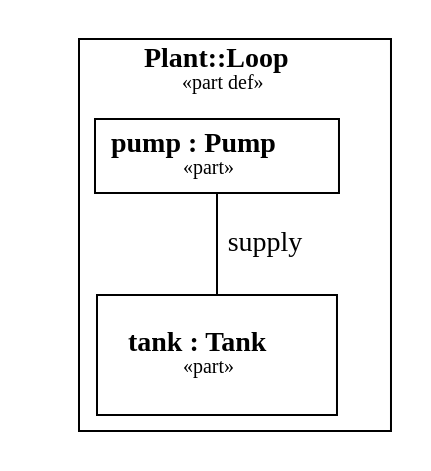
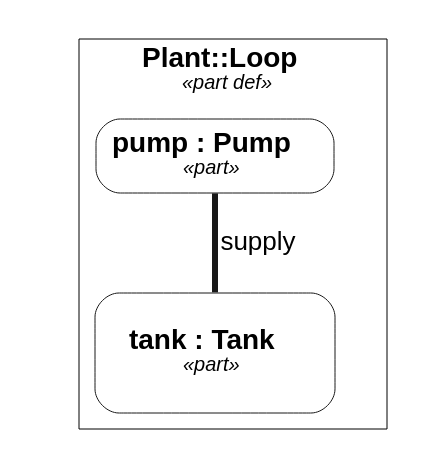
Before and after one commit to Open-MBEE/OpenSysML: the second of 2 diagrams in docs/project/view-rendering-forms.md, drawn with Graphviz. The commit also changed other lines of this file and 53 other files, not shown here.

````diff
--- a/docs/project/view-rendering-forms.md
+++ b/docs/project/view-rendering-forms.md
@@ -146,20 +231,23 @@
 ```dot
 // view: PlantViews::placedView
 // kind: interconnection
 // stated: render asInterconnectionDiagram
 // canvas: unit=px w=1200 h=800
 // layout: neato
 digraph "PlantViews::placedView" {
-  graph [inputscale=72, dpi=72];
-  node [shape=box];
+  graph [fontname="Helvetica", inputscale=72, dpi=72];
+  node [shape=box, style=filled, fillcolor=white, color="#181818", fontname="Helvetica", fontsize=14, penwidth=0.5];
+  edge [color="#181818", fontname="Helvetica", fontsize=13, penwidth=1];
   "canvas:0" [shape=point, style=invis, width=0, height=0, label="", pos="0,800!", pin=true];
   "canvas:1" [shape=point, style=invis, width=0, height=0, label="", pos="1200,0!", pin=true];
   subgraph "cluster_n0" {
-    label=<<b>Plant::Loop</b><br/><font point-size="10">«part def»</font>>;
+    label=<<b>Plant::Loop</b><br/><font point-size="10"><i>«part def»</i></font>>;
+    color=black;
+    penwidth=0.5;
     "n0" [shape=point, style=invis, width=0, height=0, label=""];
-    "n1" [label=<<b>pump : Pump</b><br/><font point-size="10">«part»</font>>, pos="359,741.5!", pin=true, width=1.6388888888888888, height=0.5138888888888888, comment="collapsed"];
-    "n2" [label=<<b>tank : Tank</b><br/><font point-size="10">«part»</font>>, pos="560,730!", pin=true, width=1.6666666666666667, height=0.8333333333333334, fixedsize=true];
+    "n1" [style="rounded,filled", label=<<b>pump : Pump</b><br/><font point-size="10"><i>«part»</i></font>>, pos="359,741.5!", pin=true, width=1.6388888888888888, height=0.5138888888888888, comment="collapsed"];
+    "n2" [style="rounded,filled", label=<<b>tank : Tank</b><br/><font point-size="10"><i>«part»</i></font>>, pos="560,730!", pin=true, width=1.6666666666666667, height=0.8333333333333334, fixedsize=true];
   }
-  "n1" -> "n2" [label="supply", arrowhead=none, pos="400,730 400,730 450,680 450,680 450,680 500,730 500,730"];
+  "n1" -> "n2" [label="supply", arrowhead=none, penwidth=3, pos="400,730 400,730 450,680 450,680 450,680 500,730 500,730"];
 }
 ```
````
